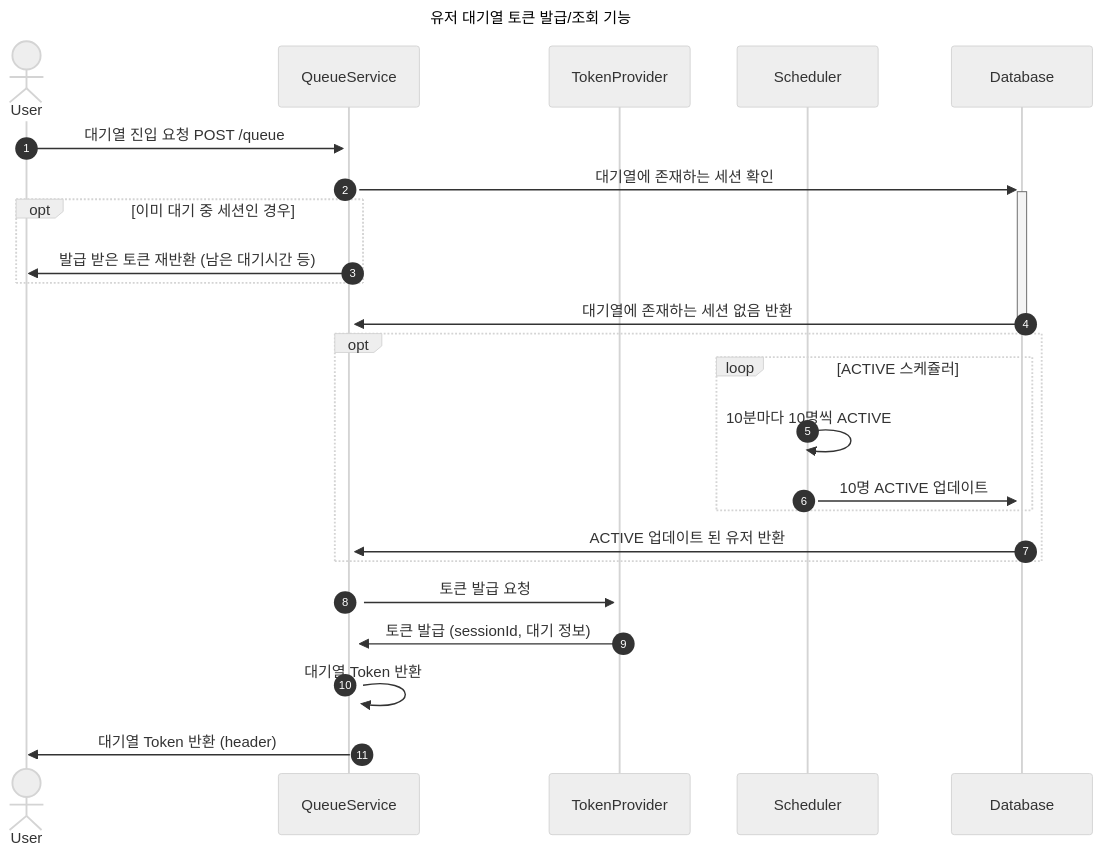
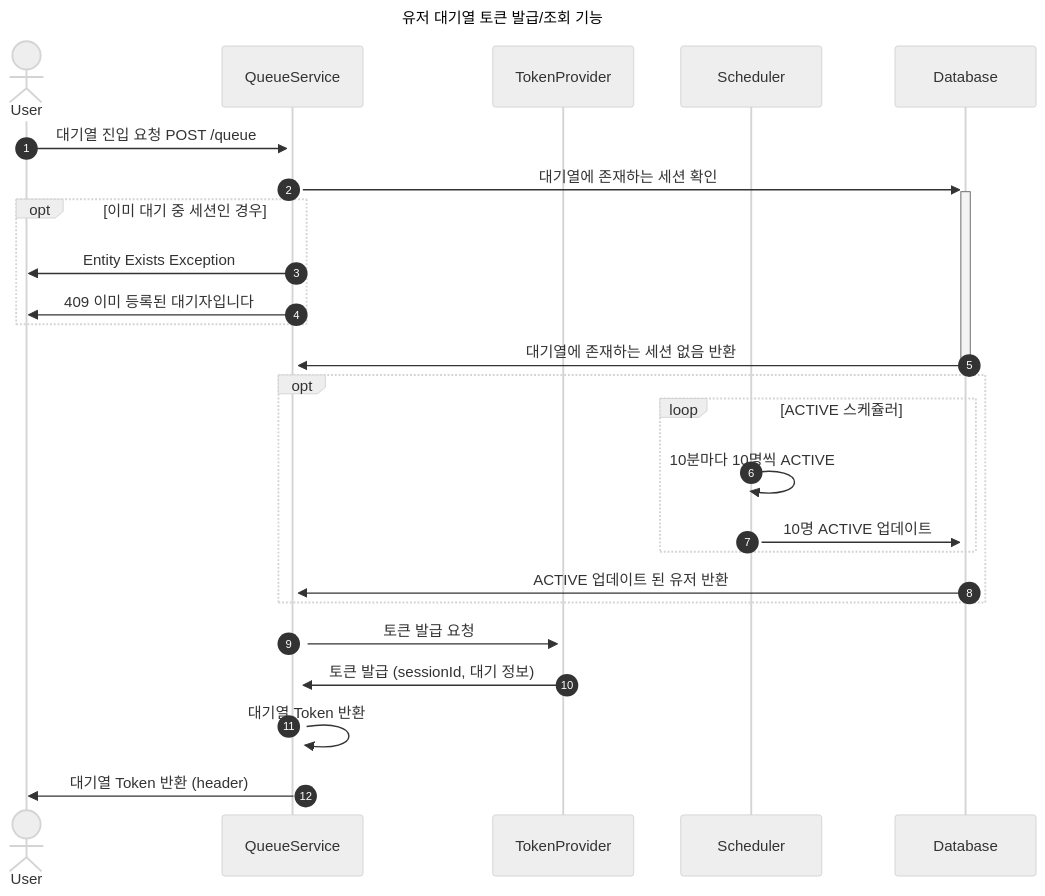
The first of 7 diagrams in docs/markdown/2.시퀀스 다이어그램.md (hpp-backend-15/java-concert-joonhyeokyang), drawn with Mermaid (neutral theme) before and after one commit.

Commit message:
docs: API 스펙 변경에 따른 시퀀스 다이어그램 변경

````diff
--- a/docs/markdown/2.시퀀스 다이어그램.md
+++ b/docs/markdown/2.시퀀스 다이어그램.md
@@ -3,27 +3,28 @@
 ```mermaid
 sequenceDiagram
     autonumber
     title 유저 대기열 토큰 발급/조회 기능
     actor u as User
     participant qs as QueueService
     participant tp as TokenProvider
     participant sc as Scheduler
     participant db as Database
     u ->>+ qs: 대기열 진입 요청 POST /queue
     qs ->>+ db: 대기열에 존재하는 세션 확인
     opt 이미 대기 중 세션인 경우
-        qs ->> u: 발급 받은 토큰 재반환 (남은 대기시간 등)
+        qs ->> u: Entity Exists Exception
+        qs ->> u: 409 이미 등록된 대기자입니다
     end
     db ->>- qs: 대기열에 존재하는 세션 없음 반환
     opt
         loop ACTIVE 스케쥴러
             sc ->>+ sc: 10분마다 10명씩 ACTIVE
             sc ->>+ db: 10명 ACTIVE 업데이트
         end
         db ->>+ qs: ACTIVE 업데이트 된 유저 반환
     end
     qs ->>+ tp: 토큰 발급 요청 
     tp ->>+ qs: 토큰 발급 (sessionId, 대기 정보)
     qs ->> qs: 대기열 Token 반환
     qs ->> u: 대기열 Token 반환 (header)
 ```
````
